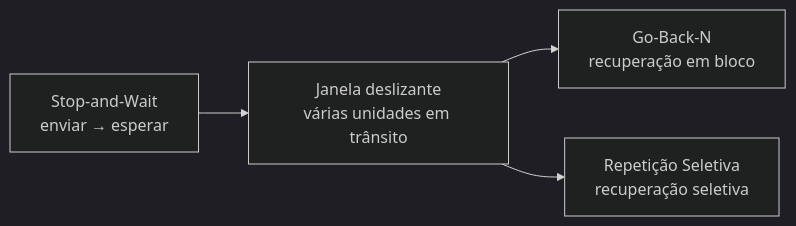
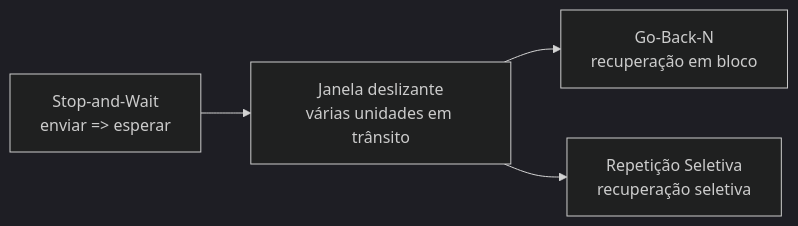
One commit to jurandysoares/janelas-deslizantes changed the diagram in docs/17-sintese.md. Above: the diagram before and after it, drawn with Mermaid (dark theme). The commit also changed other lines of this file and 26 other files, not shown here.

````diff
--- a/docs/17-sintese.md
+++ b/docs/17-sintese.md
@@ -11,6 +11,6 @@
 ```mermaid
 flowchart LR
-    A["Stop-and-Wait<br/>enviar → esperar"] --> B["Janela deslizante<br/>várias unidades em trânsito"]
+    A["Stop-and-Wait<br/>enviar => esperar"] --> B["Janela deslizante<br/>várias unidades em trânsito"]
     B --> C["Go-Back-N<br/>recuperação em bloco"]
     B --> D["Repetição Seletiva<br/>recuperação seletiva"]
 ```
````
